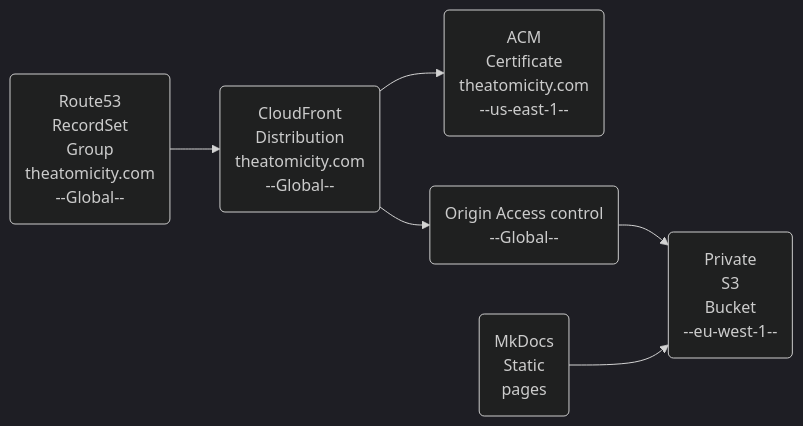
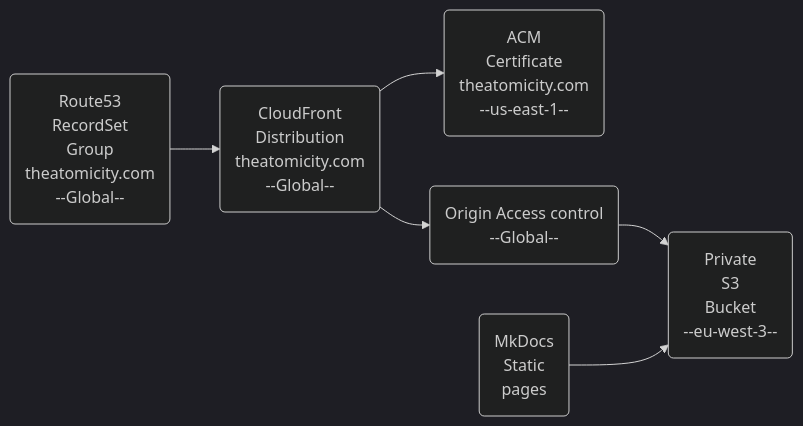
One commit to erwanjouan/theatomicity.com changed the diagram in Readme.md. Above: the diagram before and after it, drawn with Mermaid (dark theme). The commit also changed other lines of this file and 6 other files, not shown here.

````diff
--- a/Readme.md
+++ b/Readme.md
@@ -18,8 +57,8 @@
 ```mermaid
     graph LR
         Route53(Route53\nRecordSet\nGroup\ntheatomicity.com\n--Global--) --> CloudFront(CloudFront\nDistribution\ntheatomicity.com\n--Global--)
         CloudFront --> ACM(ACM\nCertificate\ntheatomicity.com\n--us-east-1--)
         CloudFront --> OAC(Origin Access control\n--Global--)
-        OAC --> S3(Private\nS3\nBucket\n--eu-west-1--)
+        OAC --> S3(Private\nS3\nBucket\n--eu-west-3--)
         MkDocs(MkDocs\nStatic\npages) --> S3
 ```
````
